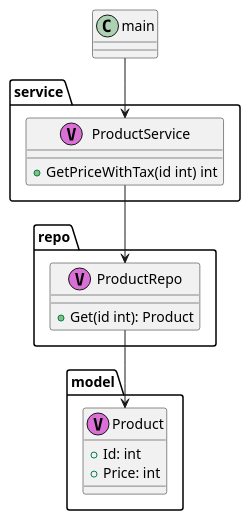
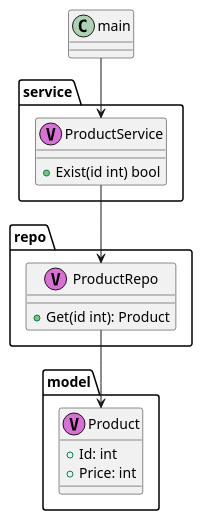
The diagram in arch.puml (care-1040/di-sample), drawn with PlantUML before and after one commit. The commit also changed 1 other file, not shown here.

```diff
--- a/arch.puml
+++ b/arch.puml
@@ -1,24 +1,24 @@
 @startuml
 package "model" {
     class "Product" as model.Product <<V,Orchid>> {
         +Id: int
         +Price: int
     }
 }
 
 package "repo" {
     class "ProductRepo" as repo.ProductRepo <<V,Orchid>> {
         +Get(id int): Product
     }
 }
 
 package "service" {
     class "ProductService" as service.ProductService <<V,Orchid>> {
-        +GetPriceWithTax(id int) int
+        +Exist(id int) bool
     }
 }
 
 main --> service.ProductService
 service.ProductService --> repo.ProductRepo
 repo.ProductRepo --> model.Product
 @enduml
```
